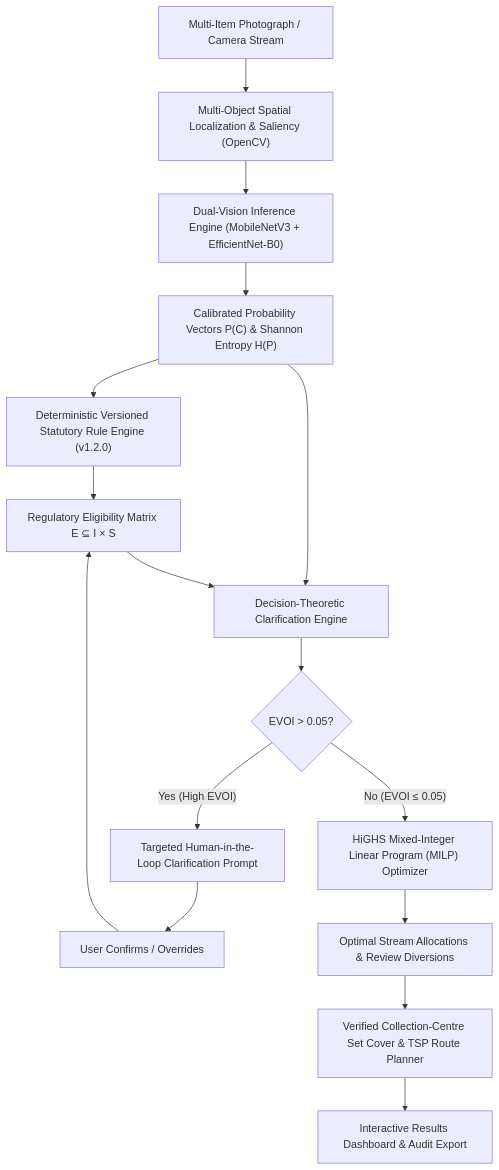
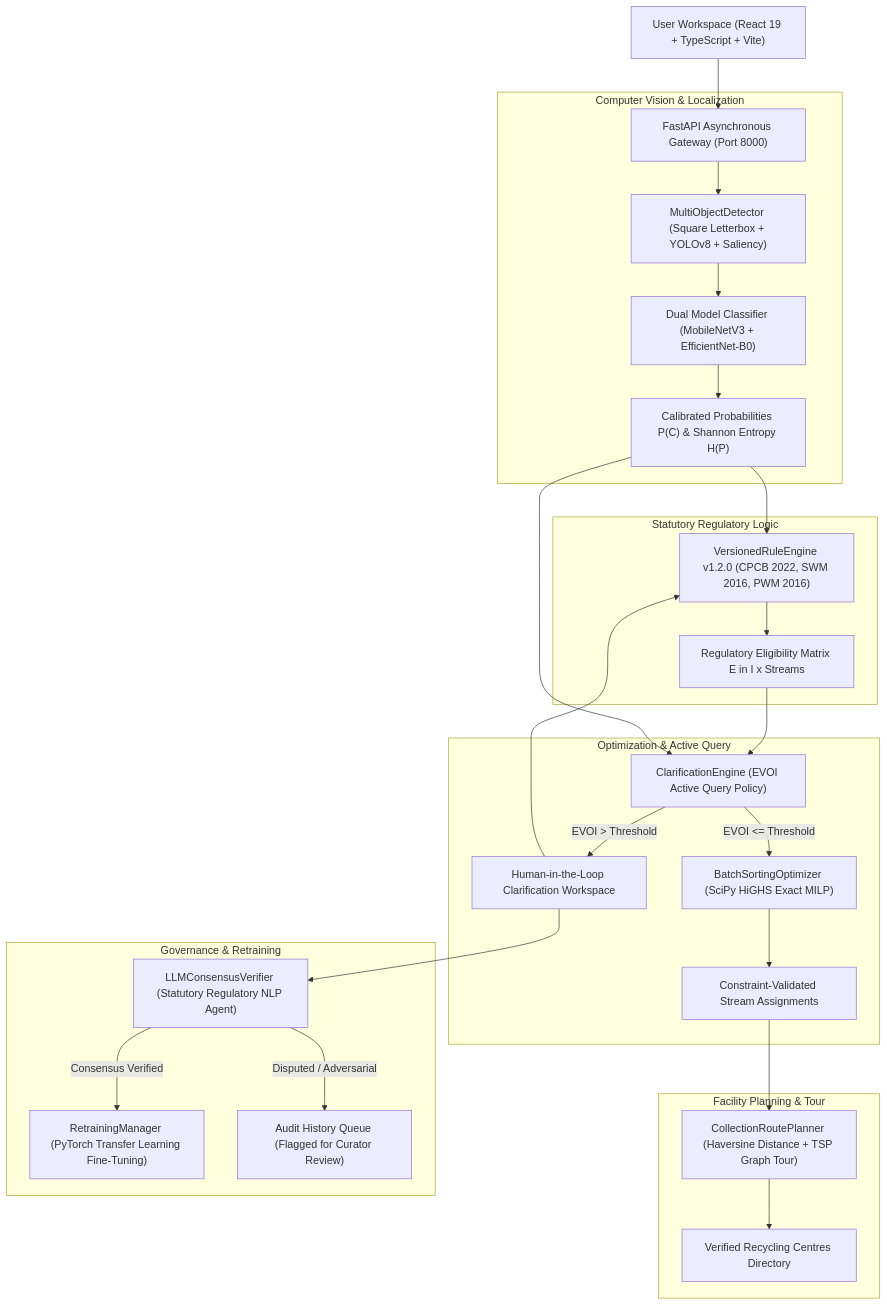
The diagram in README.md (ShubhamPatil200507/EcoSort), drawn with Mermaid before and after one commit. The commit also changed other lines of this file and 25 other files, not shown here.

````diff
--- a/README.md
+++ b/README.md
@@ -18,20 +63,34 @@
 ```mermaid
 flowchart TD
-    A["Multi-Item Photograph / Camera Stream"] --> B["Multi-Object Spatial Localization & Saliency (OpenCV)"]
-    B --> C["Dual-Vision Inference Engine (MobileNetV3 + EfficientNet-B0)"]
-    C --> D["Calibrated Probability Vectors P(C) & Shannon Entropy H(P)"]
+    UI["User Workspace (React 19 + TypeScript + Vite)"] --> API["FastAPI Asynchronous Gateway (Port 8000)"]
     
-    D --> E["Deterministic Versioned Statutory Rule Engine (v1.2.0)"]
-    E --> F["Regulatory Eligibility Matrix E ⊆ I × S"]
-    
-    D & F --> G["Decision-Theoretic Clarification Engine"]
-    G --> H{"EVOI > 0.05?"}
-    H -- Yes (High EVOI) --> I["Targeted Human-in-the-Loop Clarification Prompt"]
-    I --> J["User Confirms / Overrides"]
-    J --> F
-    H -- No (EVOI ≤ 0.05) --> K["HiGHS Mixed-Integer Linear Program (MILP) Optimizer"]
-    
-    K --> L["Optimal Stream Allocations & Review Diversions"]
-    L --> M["Verified Collection-Centre Set Cover & TSP Route Planner"]
-    M --> N["Interactive Results Dashboard & Audit Export"]
+    subgraph Computer Vision & Localization
+        API --> DET["MultiObjectDetector (Square Letterbox + YOLOv8 + Saliency)"]
+        DET --> ML["Dual Model Classifier (MobileNetV3 + EfficientNet-B0)"]
+        ML --> PROB["Calibrated Probabilities P(C) & Shannon Entropy H(P)"]
+    end
+
+    subgraph Statutory Regulatory Logic
+        PROB --> RE["VersionedRuleEngine v1.2.0 (CPCB 2022, SWM 2016, PWM 2016)"]
+        RE --> MATRIX["Regulatory Eligibility Matrix E in I x Streams"]
+    end
+
+    subgraph Optimization & Active Query
+        MATRIX & PROB --> CLAR["ClarificationEngine (EVOI Active Query Policy)"]
+        CLAR -->|EVOI > Threshold| QUERY["Human-in-the-Loop Clarification Workspace"]
+        QUERY --> RE
+        CLAR -->|EVOI <= Threshold| OPT["BatchSortingOptimizer (SciPy HiGHS Exact MILP)"]
+        OPT --> ASSIGN["Constraint-Validated Stream Assignments"]
+    end
+
+    subgraph Facility Planning & Tour
+        ASSIGN --> ROUTE["CollectionRoutePlanner (Haversine Distance + TSP Graph Tour)"]
+        ROUTE --> CENTRES["Verified Recycling Centres Directory"]
+    end
+
+    subgraph Governance & Retraining
+        QUERY --> LLM["LLMConsensusVerifier (Statutory Regulatory NLP Agent)"]
+        LLM -->|Consensus Verified| RETRAIN["RetrainingManager (PyTorch Transfer Learning Fine-Tuning)"]
+        LLM -->|Disputed / Adversarial| AUDIT["Audit History Queue (Flagged for Curator Review)"]
+    end
 ```
````
